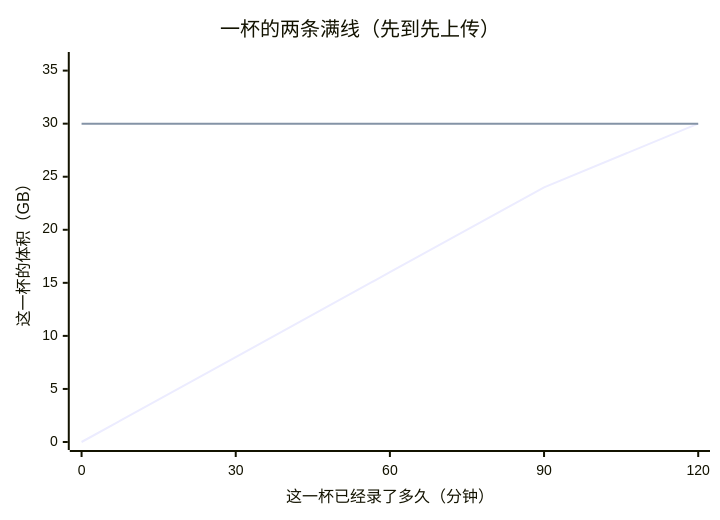
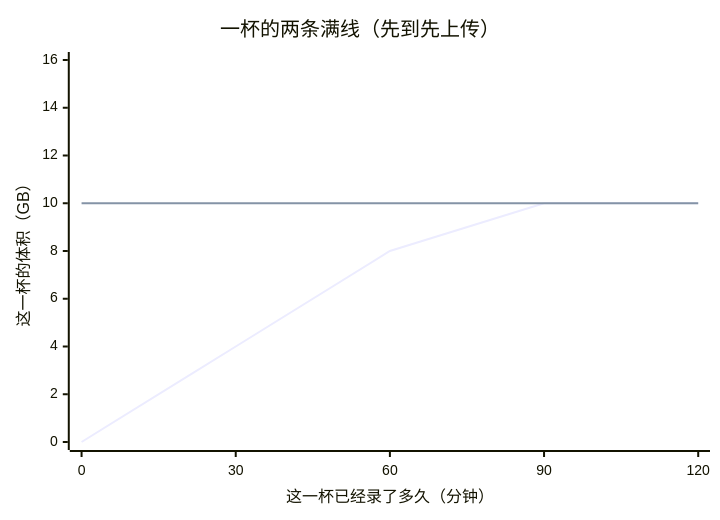
One commit to notfornothing/biliup changed the first of 2 diagrams in aboutRefactor/分P示意图.md. Above: the diagram before and after it, drawn with Mermaid. The commit also changed other lines of this file and 2 other files, not shown here.

Commit message:
fix(upload): 一个分 P 先到 2 小时或 10GB 就封口
13GB 左右的合并文件上传中途失败后不会删除，把单次体积上限从 15GB 降到 10GB。

````diff
--- a/aboutRefactor/分P示意图.md
+++ b/aboutRefactor/分P示意图.md
@@ -9,8 +9,8 @@
 ```mermaid
 xychart-beta
     title "一杯的两条满线（先到先上传）"
     x-axis "这一杯已经录了多久（分钟）" [0, 30, 60, 90, 120]
-    y-axis "这一杯的体积（GB）" 0 --> 36
-    line "体积涨上去" [0, 8, 16, 24, 30]
-    line "30GB 满线" [30, 30, 30, 30, 30]
+    y-axis "这一杯的体积（GB）" 0 --> 16
+    line "体积涨上去" [0, 4, 8, 10, 10]
+    line "10GB 满线" [10, 10, 10, 10, 10]
 ```
````
